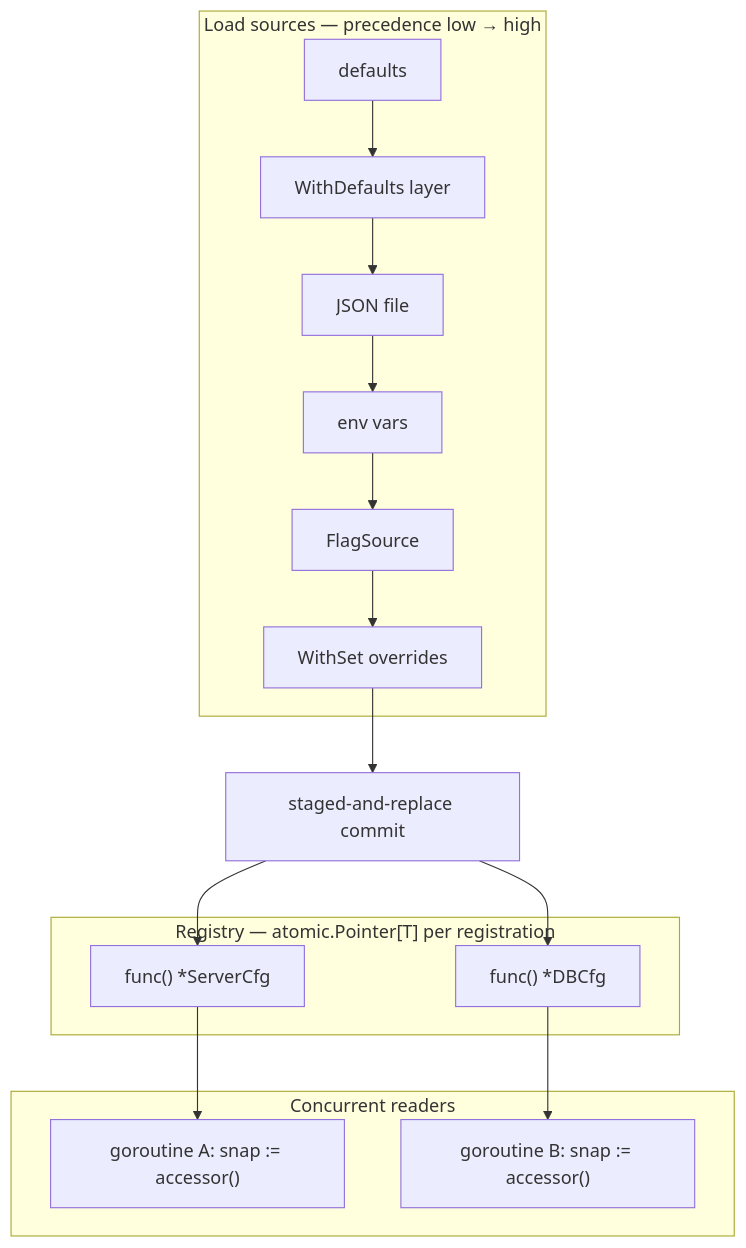
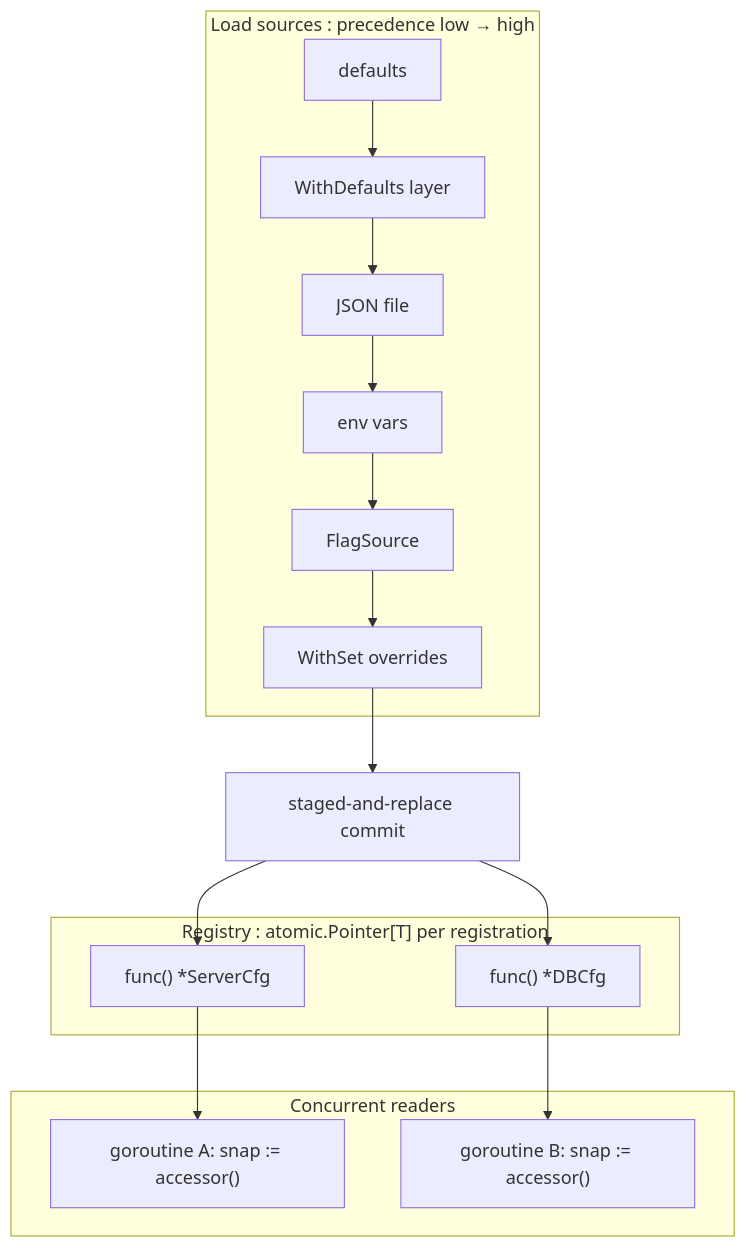
Before and after one commit to nathanbrophy/glacier: the diagram in specs/0009-conf.md, drawn with Mermaid. The commit also changed other lines of this file and 83 other files, not shown here.

````diff
--- a/specs/0009-conf.md
+++ b/specs/0009-conf.md
@@ -68,29 +68,29 @@
 ```mermaid
 flowchart TB
-    subgraph sources["Load sources — precedence low → high"]
+    subgraph sources["Load sources :  precedence low → high"]
         D[defaults]
         WD[WithDefaults layer]
         F[JSON file]
         E[env vars]
         FL[FlagSource]
         S[WithSet overrides]
     end
     D --> WD --> F --> E --> FL --> S
 
-    subgraph registry["Registry — atomic.Pointer[T] per registration"]
+    subgraph registry["Registry :  atomic.Pointer[T] per registration"]
         R1["func() *ServerCfg"]
         R2["func() *DBCfg"]
     end
 
     S --> commit["staged-and-replace commit"]
     commit --> R1
     commit --> R2
 
     subgraph readers["Concurrent readers"]
         reader1["goroutine A: snap := accessor()"]
         reader2["goroutine B: snap := accessor()"]
     end
 
     R1 --> reader1
     R2 --> reader2
 ```
````
